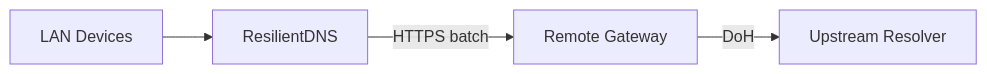
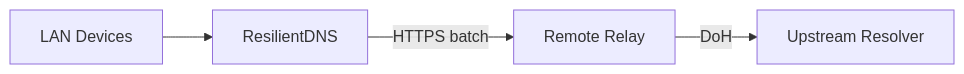
One commit to amirpooyan-r/resilient-dns changed the diagram in docs/architecture.md. Above: the diagram before and after it, drawn with Mermaid. The commit also changed other lines of this file and 7 other files, not shown here.

First line of the commit message:
docs: rename Gateway to Relay and clean up documentation structure

````diff
--- a/docs/architecture.md
+++ b/docs/architecture.md
@@ -13,6 +13,6 @@
 ```mermaid
 flowchart LR
   A[LAN Devices] --> B[ResilientDNS]
-  B -->|HTTPS batch| C[Remote Gateway]
+  B -->|HTTPS batch| C[Remote Relay]
   C -->|DoH| D[Upstream Resolver]
 ```
````
